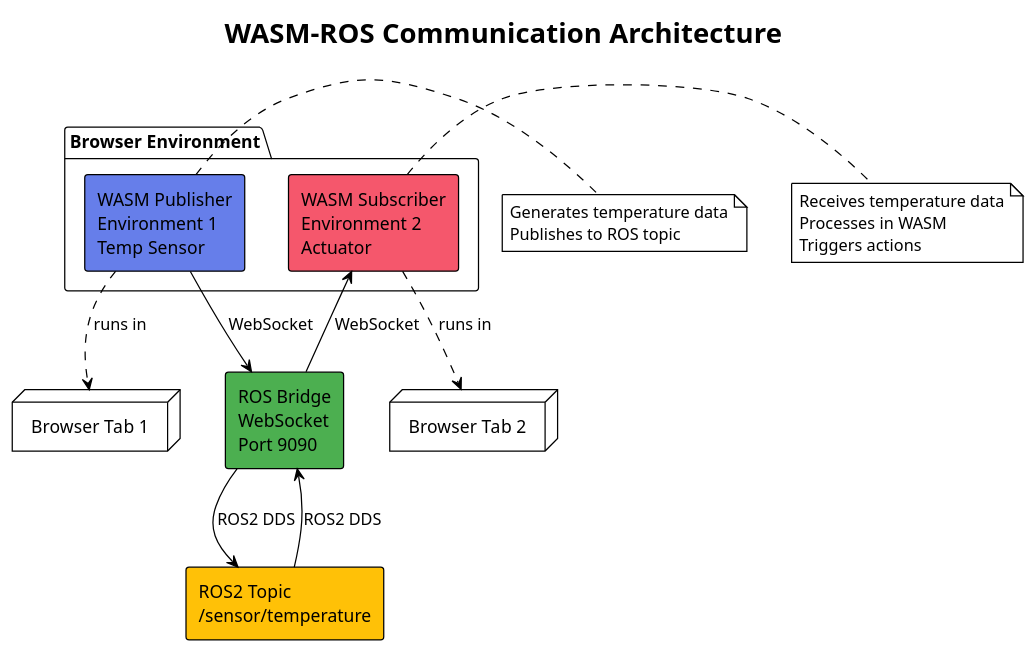
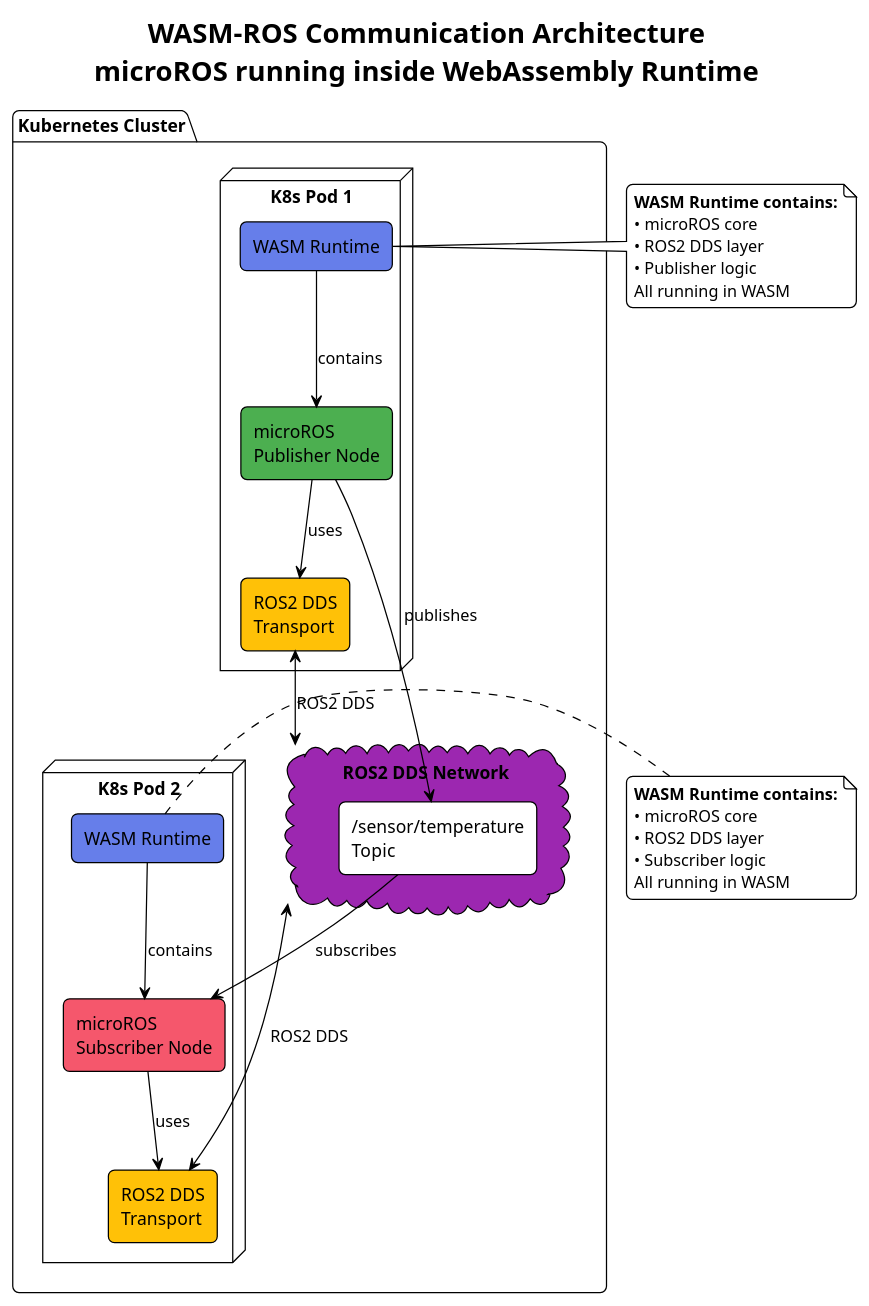
Before and after one commit to lucadagati/ros_wasm_example: the diagram in diagrams/architecture.puml, drawn with PlantUML. The commit also changed other lines of this file and 9 other files, not shown here.

First line of the commit message:
Fix UML diagrams: microROS runs INSIDE WASM runtime

```diff
--- a/diagrams/architecture.puml
+++ b/diagrams/architecture.puml
@@ -1,38 +1,53 @@
 @startuml WASM-ROS Architecture
 !theme plain
 skinparam backgroundColor #FFFFFF
 skinparam componentStyle rectangle
+skinparam roundcorner 10
+skinparam shadowing false
 
-title WASM-ROS Communication Architecture
+title WASM-ROS Communication Architecture\nmicroROS running inside WebAssembly Runtime
 
-package "Browser Environment" {
-    component [WASM Publisher\nEnvironment 1\nTemp Sensor] as Publisher #667eea
-    component [WASM Subscriber\nEnvironment 2\nActuator] as Subscriber #f5576c
+package "Kubernetes Cluster" {
+    node "K8s Pod 1" {
+        component [WASM Runtime] as WASM1 #667eea
+        component [microROS\nPublisher Node] as PUB #4CAF50
+        component [ROS2 DDS\nTransport] as DDS1 #FFC107
+        WASM1 --> PUB : contains
+        PUB --> DDS1 : uses
+    }
+    
+    node "K8s Pod 2" {
+        component [WASM Runtime] as WASM2 #667eea
+        component [microROS\nSubscriber Node] as SUB #f5576c
+        component [ROS2 DDS\nTransport] as DDS2 #FFC107
+        WASM2 --> SUB : contains
+        SUB --> DDS2 : uses
+    }
+    
+    cloud "ROS2 DDS Network" as ROSNET #9C27B0 {
+        component [/sensor/temperature\nTopic] as TOPIC
+    }
+    
+    DDS1 <--> ROSNET : ROS2 DDS
+    ROSNET <--> DDS2 : ROS2 DDS
+    PUB --> TOPIC : publishes
+    TOPIC --> SUB : subscribes
 }
 
-component [ROS Bridge\nWebSocket\nPort 9090] as Bridge #4CAF50
-component [ROS2 Topic\n/sensor/temperature] as Topic #FFC107
-
-node "Browser Tab 1" as Tab1
-node "Browser Tab 2" as Tab2
-
-Publisher --> Bridge : WebSocket
-Bridge --> Topic : ROS2 DDS
-Topic --> Bridge : ROS2 DDS
-Bridge --> Subscriber : WebSocket
-
-Publisher ..> Tab1 : runs in
-Subscriber ..> Tab2 : runs in
-
-note right of Publisher
-  Generates temperature data
-  Publishes to ROS topic
+note right of WASM1
+  **WASM Runtime contains:**
+  • microROS core
+  • ROS2 DDS layer
+  • Publisher logic
+  All running in WASM
 end note
 
-note right of Subscriber
-  Receives temperature data
-  Processes in WASM
-  Triggers actions
+note right of WASM2
+  **WASM Runtime contains:**
+  • microROS core
+  • ROS2 DDS layer
+  • Subscriber logic
+  All running in WASM
 end note
 
 @enduml
```
